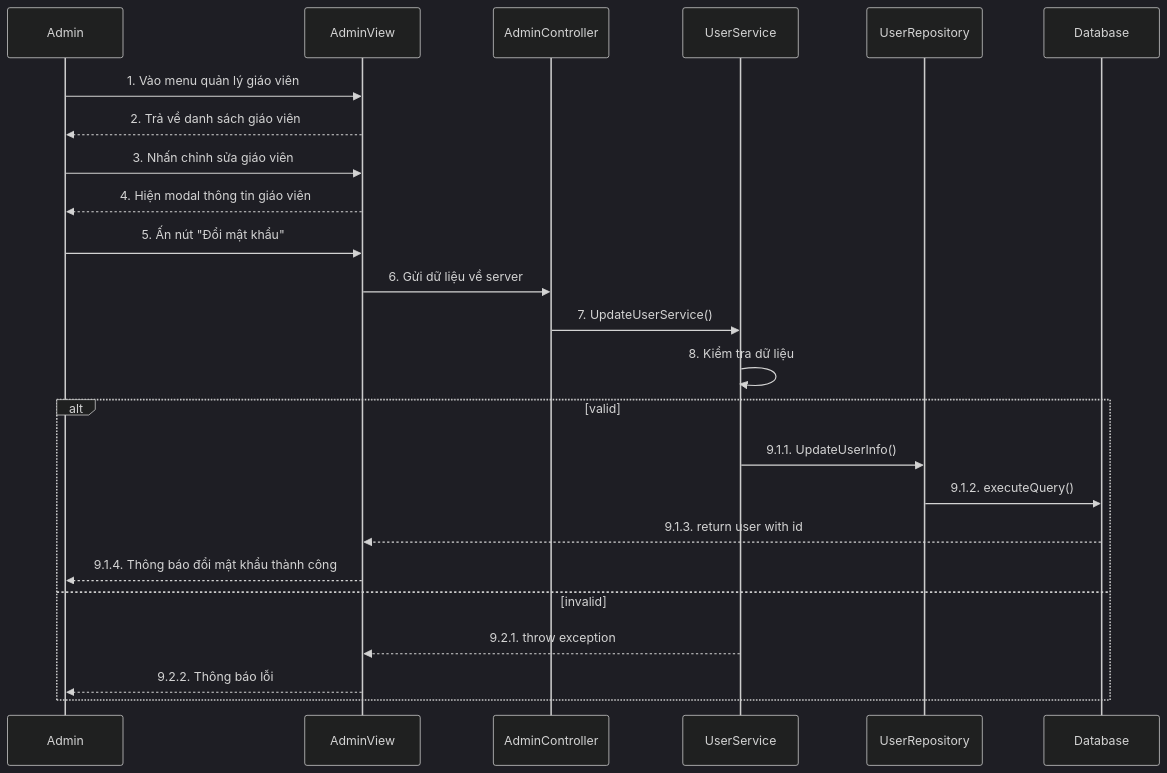
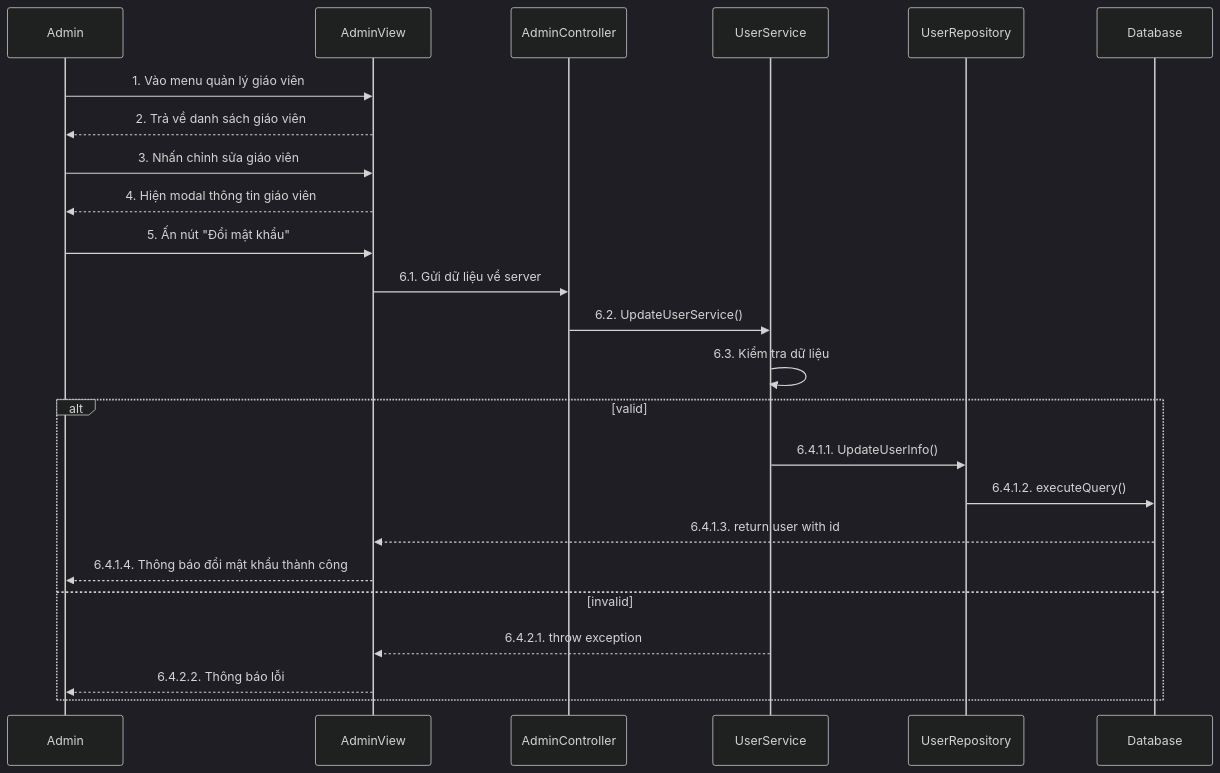
Before and after one commit to LienNTB/sequence-CNPM: the diagram in sequence/admin/Sequence-2-3.DoiMatKhauGiaoVien.mmd, drawn with Mermaid (dark theme). The commit also changed 7 other files, not shown here.

```diff
--- a/sequence/admin/Sequence-2-3.DoiMatKhauGiaoVien.mmd
+++ b/sequence/admin/Sequence-2-3.DoiMatKhauGiaoVien.mmd
@@ -1,29 +1,29 @@
 
 sequenceDiagram
     participant Admin
     participant AdminView
     participant AdminController
     participant UserService
     participant UserRepository
     participant Database
 
     Admin->>AdminView: 1. Vào menu quản lý giáo viên
     AdminView-->>Admin: 2. Trả về danh sách giáo viên
     Admin->>AdminView: 3. Nhấn chỉnh sửa giáo viên
     AdminView-->>Admin: 4. Hiện modal thông tin giáo viên
     Admin->>AdminView: 5. Ấn nút "Đổi mật khẩu"
     
-    AdminView->>AdminController: 6. Gửi dữ liệu về server
-    AdminController->>UserService: 7. UpdateUserService()
-    UserService->>UserService: 8. Kiểm tra dữ liệu
+    AdminView->>AdminController: 6.1. Gửi dữ liệu về server
+    AdminController->>UserService: 6.2. UpdateUserService()
+    UserService->>UserService: 6.3. Kiểm tra dữ liệu
 
     alt valid
-        UserService->>UserRepository: 9.1.1. UpdateUserInfo()
-        UserRepository->>Database: 9.1.2. executeQuery()
+        UserService->>UserRepository: 6.4.1.1. UpdateUserInfo()
+        UserRepository->>Database: 6.4.1.2. executeQuery()
         
-        Database-->>AdminView: 9.1.3. return user with id
-        AdminView-->>Admin: 9.1.4. Thông báo đổi mật khẩu thành công
+        Database-->>AdminView: 6.4.1.3. return user with id
+        AdminView-->>Admin: 6.4.1.4. Thông báo đổi mật khẩu thành công
     else invalid
-        UserService-->>AdminView: 9.2.1. throw exception
-        AdminView-->>Admin: 9.2.2. Thông báo lỗi
+        UserService-->>AdminView: 6.4.2.1. throw exception
+        AdminView-->>Admin: 6.4.2.2. Thông báo lỗi
     end
```
